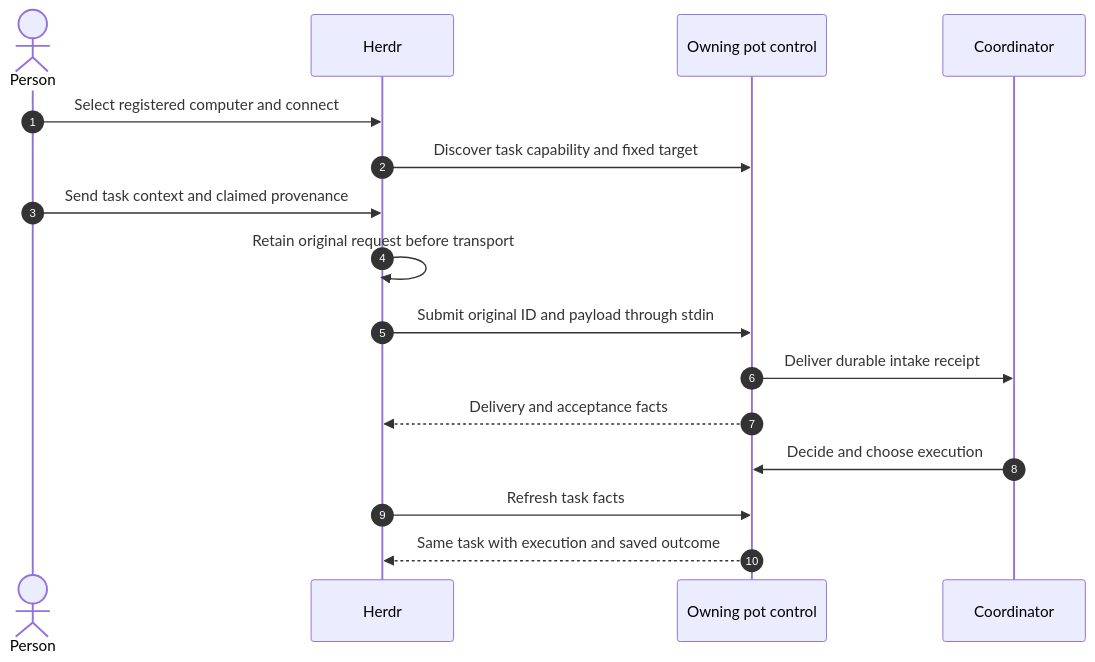
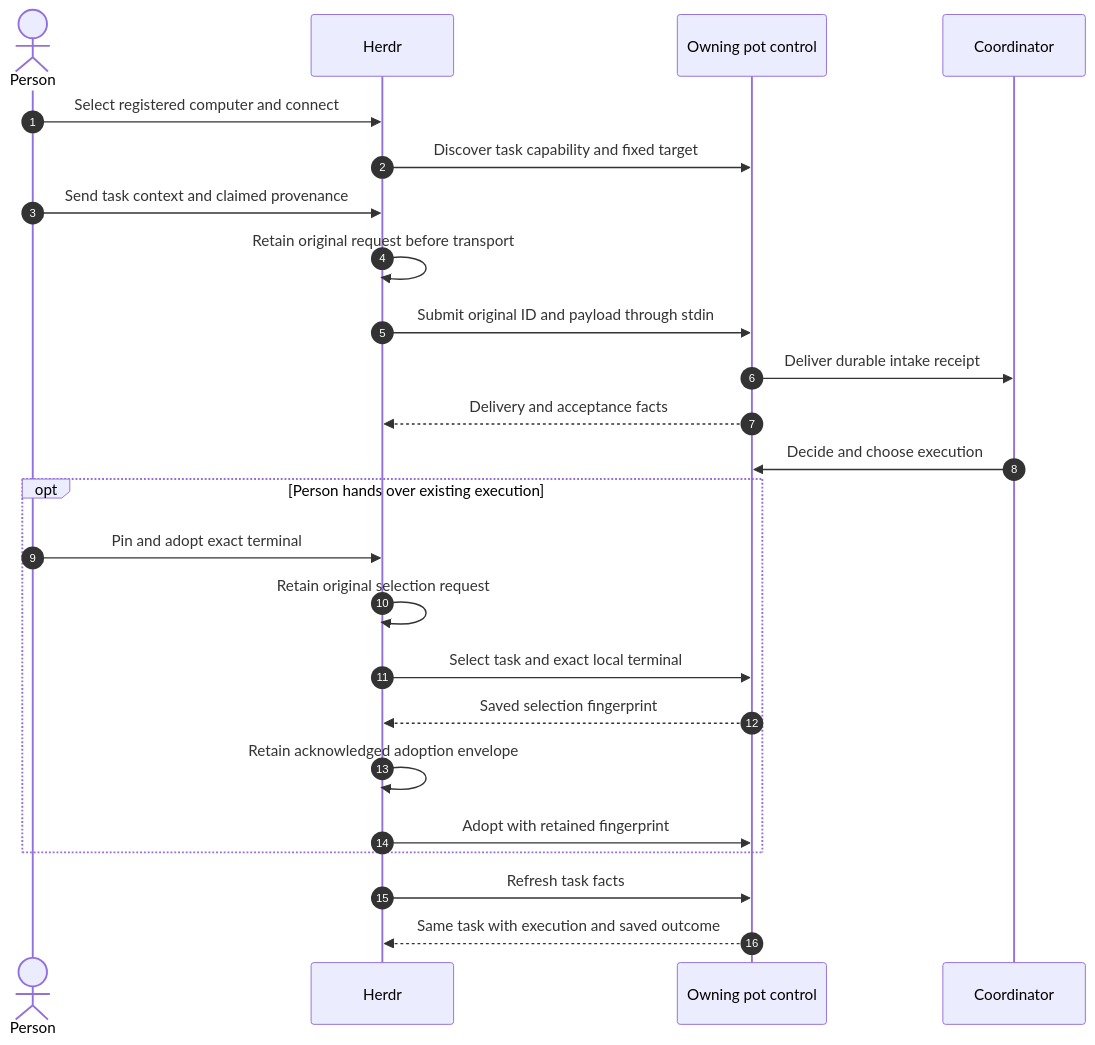
Before and after one commit to walid-mos/agent-herdr: the diagram in docs/task-handover.md, drawn with Mermaid. The commit also changed other lines of this file and 7 other files, not shown here.

Commit message:
fix(handover): persist v2 selection before adoption

````diff
--- a/docs/task-handover.md
+++ b/docs/task-handover.md
@@ -5,18 +5,26 @@
 ```mermaid
 sequenceDiagram
     autonumber
     actor Person
     participant Herdr
     participant Control as Owning pot control
     participant Coordinator
     Person->>Herdr: Select registered computer and connect
     Herdr->>Control: Discover task capability and fixed target
     Person->>Herdr: Send task context and claimed provenance
     Herdr->>Herdr: Retain original request before transport
     Herdr->>Control: Submit original ID and payload through stdin
     Control->>Coordinator: Deliver durable intake receipt
     Control-->>Herdr: Delivery and acceptance facts
     Coordinator->>Control: Decide and choose execution
+    opt Person hands over existing execution
+        Person->>Herdr: Pin and adopt exact terminal
+        Herdr->>Herdr: Retain original selection request
+        Herdr->>Control: Select task and exact local terminal
+        Control-->>Herdr: Saved selection fingerprint
+        Herdr->>Herdr: Retain acknowledged adoption envelope
+        Herdr->>Control: Adopt with retained fingerprint
+    end
     Herdr->>Control: Refresh task facts
     Control-->>Herdr: Same task with execution and saved outcome
 ```
````
